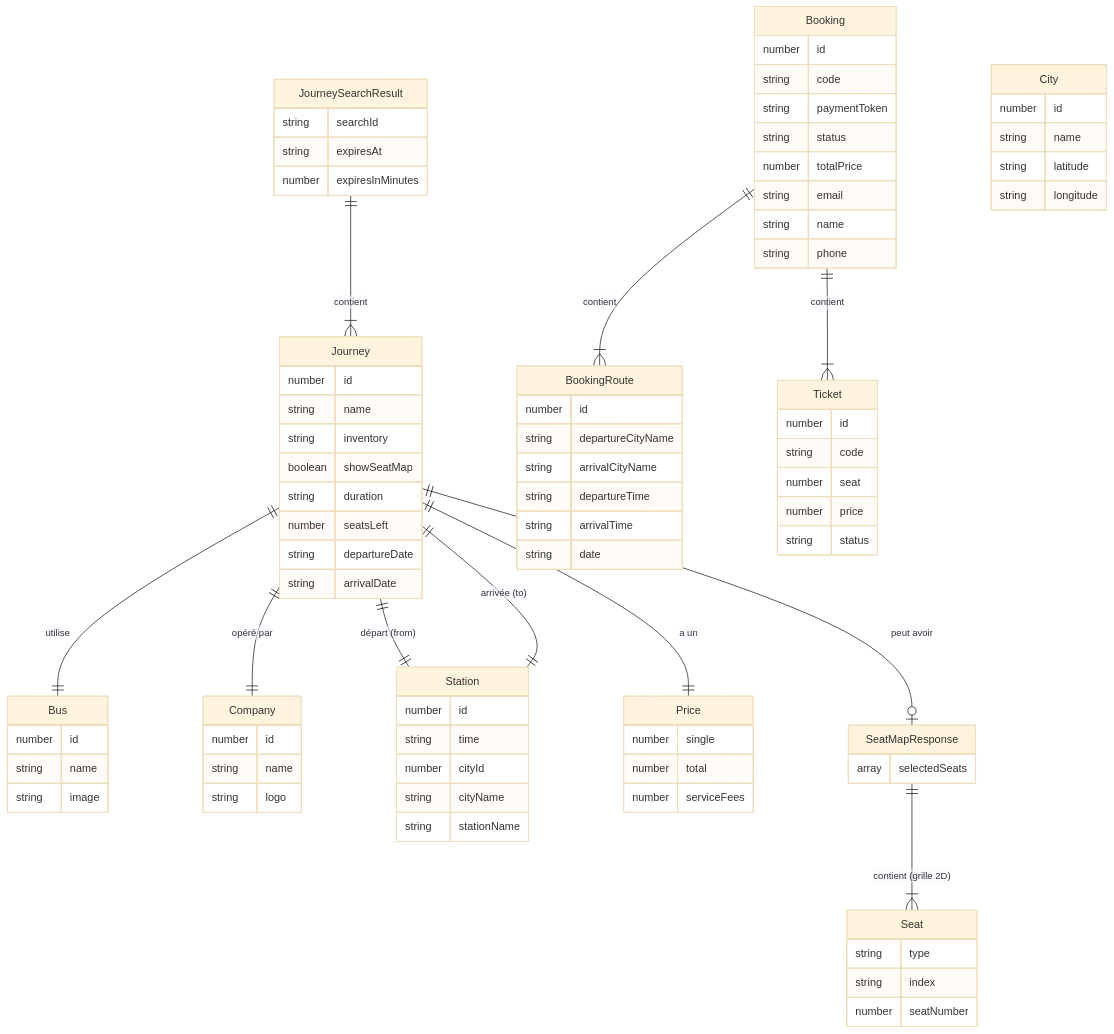
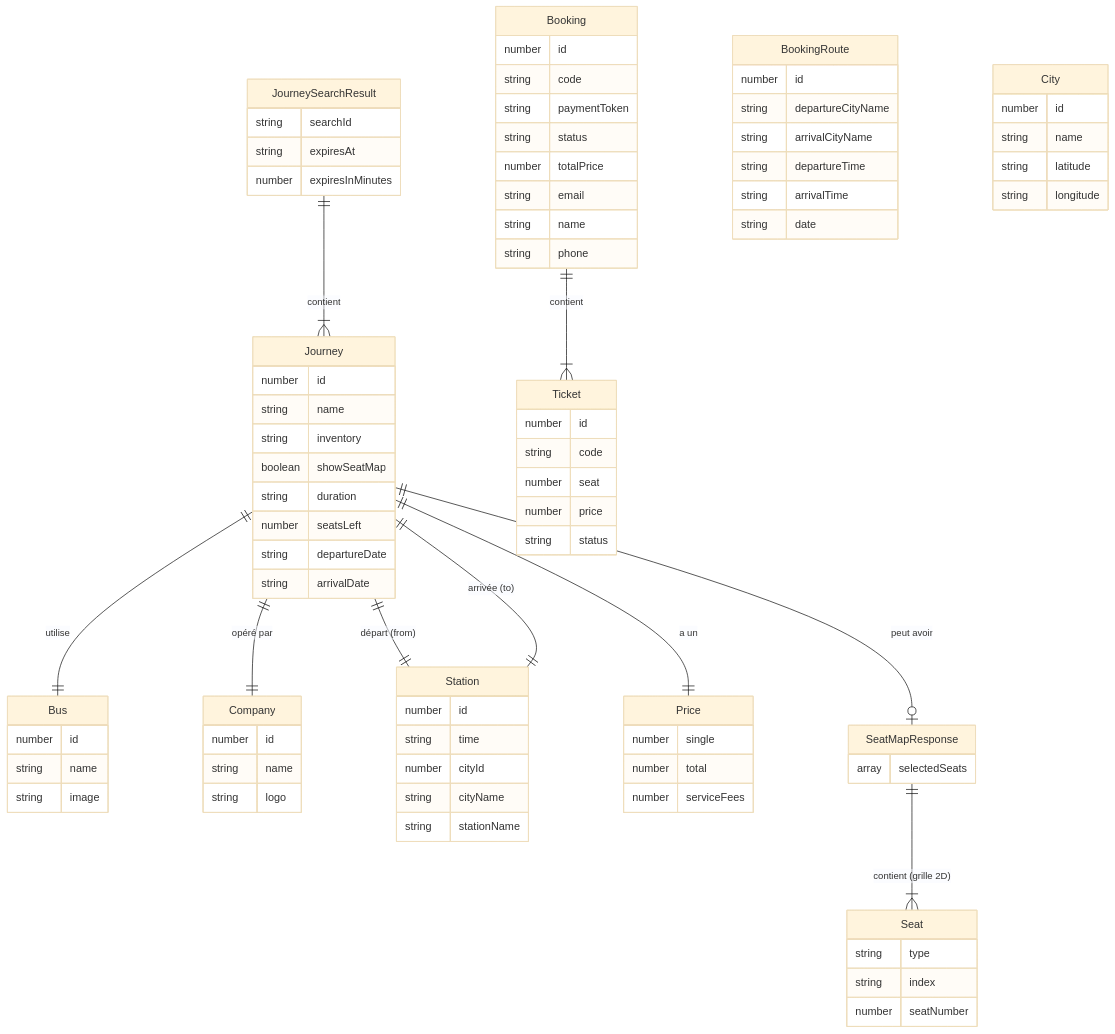
Before and after one commit to zinebdeg/PFE_Project: the ninth of 13 diagrams in Docs/Report.md, drawn with Mermaid (base theme). The commit also changed other lines of this file and 19 other files, not shown here.

````diff
--- a/Docs/Report.md
+++ b/Docs/Report.md
@@ -787,6 +773,5 @@
     Journey ||--|| Price : "a un"
     Journey ||--o| SeatMapResponse : "peut avoir"
     SeatMapResponse ||--|{ Seat : "contient (grille 2D)"
-    Booking ||--|{ BookingRoute : "contient"
     Booking ||--|{ Ticket : "contient"
 ```
````
